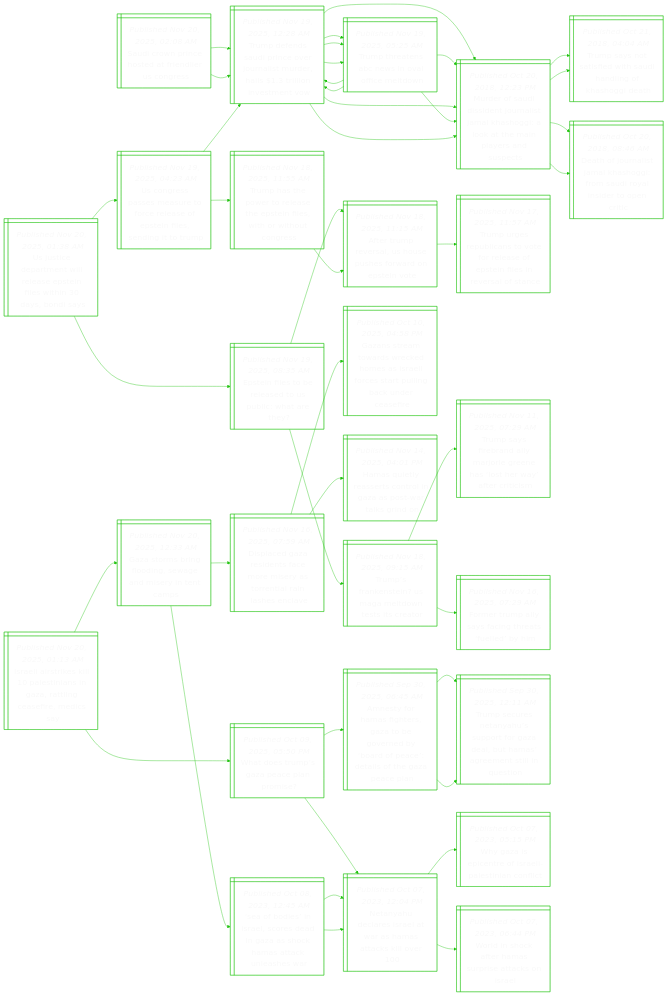
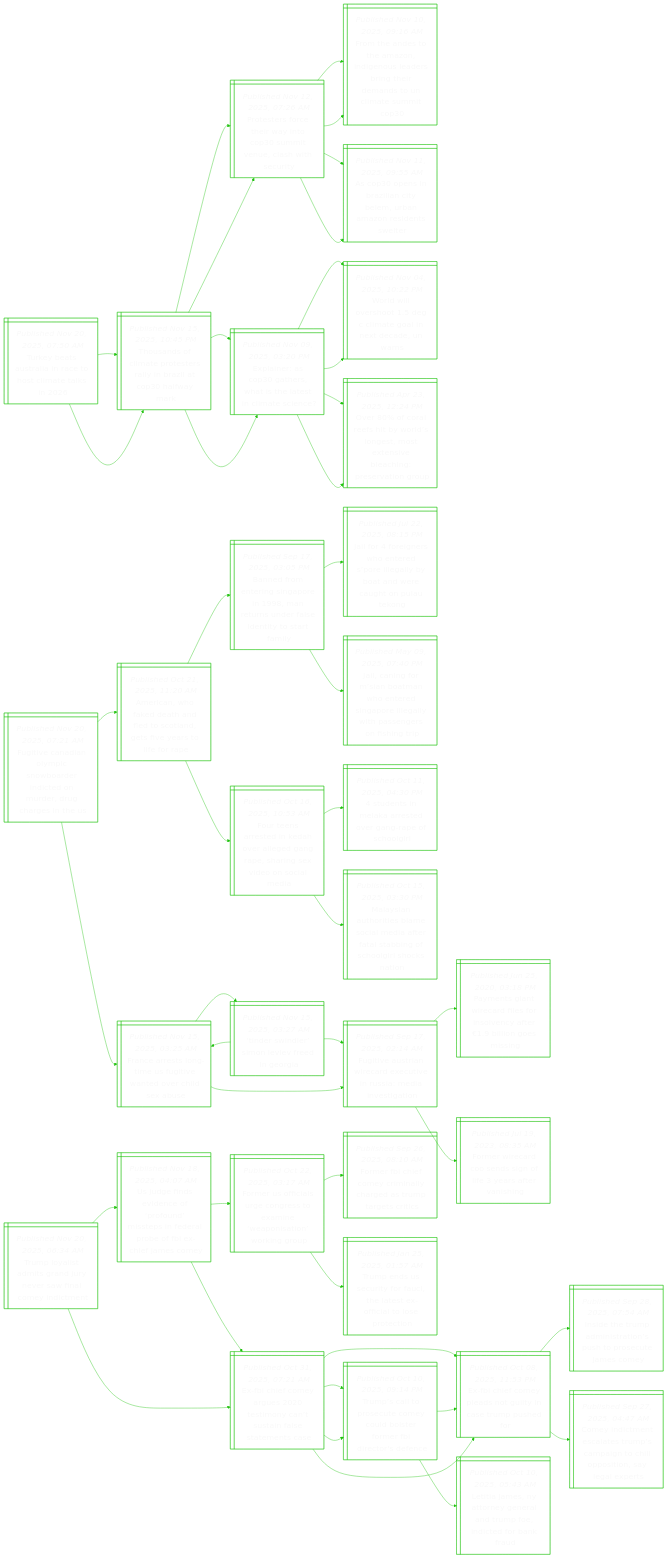
One commit to notJmes/notJmes changed the diagram in README.md. Above: the diagram before and after it, drawn with Mermaid. The commit also changed other lines of this file, not shown here.

````diff
--- a/README.md
+++ b/README.md
@@ -16,136 +16,142 @@
 flowchart LR
 classDef txtsize font-size:20px;
 
-ScpeerlSr@{ shape: win-pane, label: "_Published Nov 20, 2025, 02:08 AM_
-Saudi crown prince hosted at friendlier us congress" }
-Tdddnersdiinst@{ shape: win-pane, label: "_Published Nov 19, 2025, 12:28 AM_
-Trump defends saudi prince over journalist murder, hails $1.3 trillion investment vow" }
-Mrusnrsasikeprsc@{ shape: win-pane, label: "_Published Oct 20, 2018, 12:23 PM_
-Murder of saudi dissident journalist jamal khashoggi: a look at the main players and suspects" }
-TsoidShiKoe@{ shape: win-pane, label: "_Published Oct 21, 2018, 04:04 AM_
-Trump says not satisfied with saudi handling of khashoggi death" }
-DorsasiSriepi@{ shape: win-pane, label: "_Published Oct 20, 2018, 08:46 AM_
-Death of journalist jamal khashoggi: from saudi royal insider to open critic" }
-TttBsailn@{ shape: win-pane, label: "_Published Nov 19, 2025, 05:25 AM_
-Trump threatens abc news in oval office meltdown" }
-Mrusnrsasikeprsc@{ shape: win-pane, label: "_Published Oct 20, 2018, 12:23 PM_
-Murder of saudi dissident journalist jamal khashoggi: a look at the main players and suspects" }
-Tdddnersdiinst@{ shape: win-pane, label: "_Published Nov 19, 2025, 12:28 AM_
-Trump defends saudi prince over journalist murder, hails $1.3 trillion investment vow" }
-Tdddnersdiinst@{ shape: win-pane, label: "_Published Nov 19, 2025, 12:28 AM_
-Trump defends saudi prince over journalist murder, hails $1.3 trillion investment vow" }
-Mrusnrsasikeprsc@{ shape: win-pane, label: "_Published Oct 20, 2018, 12:23 PM_
-Murder of saudi dissident journalist jamal khashoggi: a look at the main players and suspects" }
-TsoidShiKoe@{ shape: win-pane, label: "_Published Oct 21, 2018, 04:04 AM_
-Trump says not satisfied with saudi handling of khashoggi death" }
-DorsasiSriepi@{ shape: win-pane, label: "_Published Oct 20, 2018, 08:46 AM_
-Death of journalist jamal khashoggi: from saudi royal insider to open critic" }
-TttBsailn@{ shape: win-pane, label: "_Published Nov 19, 2025, 05:25 AM_
-Trump threatens abc news in oval office meltdown" }
-Mrusnrsasikeprsc@{ shape: win-pane, label: "_Published Oct 20, 2018, 12:23 PM_
-Murder of saudi dissident journalist jamal khashoggi: a look at the main players and suspects" }
-Tdddnersdiinst@{ shape: win-pane, label: "_Published Nov 19, 2025, 12:28 AM_
-Trump defends saudi prince over journalist murder, hails $1.3 trillion investment vow" }
+Tysriesman@{ shape: win-pane, label: "_Published Nov 20, 2025, 07:50 AM_
+Turkey beats australia in race to host climate talks in 2026" }
+TafaoelBlPwr@{ shape: win-pane, label: "_Published Nov 15, 2025, 10:45 PM_
+Thousands of climate protesters rally in brazil at cop30 halfway mark" }
+Psftwtstehsi@{ shape: win-pane, label: "_Published Nov 12, 2025, 07:26 AM_
+Protesters force their way into cop30 summit venue, clash with security" }
+FhehzdoabtddNamO@{ shape: win-pane, label: "_Published Nov 10, 2025, 09:16 AM_
+From the andes to the amazon, indigenous leaders bring their demands to un climate summit cop30" }
+AoiznBuAndse@{ shape: win-pane, label: "_Published Nov 11, 2025, 09:55 AM_
+As cop30 opens in brazilian city belem, urban amazon residents swelter" }
+Eisasiltisc@{ shape: win-pane, label: "_Published Nov 09, 2025, 03:20 PM_
+Explainer: as cop30 gathers, what is the latest in climate science?" }
+WwvogmoneUn@{ shape: win-pane, label: "_Published Nov 04, 2025, 10:22 PM_
+World will overshoot 1.5 deg c climate goal in next decade, un warns" }
+Oflsydgotvageio@{ shape: win-pane, label: "_Published Apr 23, 2025, 12:24 PM_
+Over 80% of coral reefs hit by world’s longest, most extensive bleaching: preservation group" }
+TafaoelBlPwr@{ shape: win-pane, label: "_Published Nov 15, 2025, 10:45 PM_
+Thousands of climate protesters rally in brazil at cop30 halfway mark" }
+Psftwtstehsi@{ shape: win-pane, label: "_Published Nov 12, 2025, 07:26 AM_
+Protesters force their way into cop30 summit venue, clash with security" }
+FhehzdoabtddNamO@{ shape: win-pane, label: "_Published Nov 10, 2025, 09:16 AM_
+From the andes to the amazon, indigenous leaders bring their demands to un climate summit cop30" }
+AoiznBuAndse@{ shape: win-pane, label: "_Published Nov 11, 2025, 09:55 AM_
+As cop30 opens in brazilian city belem, urban amazon residents swelter" }
+Eisasiltisc@{ shape: win-pane, label: "_Published Nov 09, 2025, 03:20 PM_
+Explainer: as cop30 gathers, what is the latest in climate science?" }
+WwvogmoneUn@{ shape: win-pane, label: "_Published Nov 04, 2025, 10:22 PM_
+World will overshoot 1.5 deg c climate goal in next decade, un warns" }
+Oflsydgotvageio@{ shape: win-pane, label: "_Published Apr 23, 2025, 12:24 PM_
+Over 80% of coral reefs hit by world’s longest, most extensive bleaching: preservation group" }
 
-ScpeerlSr:::txtsize --> Tdddnersdiinst:::txtsize
-Tdddnersdiinst:::txtsize --> Mrusnrsasikeprsc:::txtsize
-Mrusnrsasikeprsc:::txtsize --> TsoidShiKoe:::txtsize
-Mrusnrsasikeprsc:::txtsize --> DorsasiSriepi:::txtsize
-Tdddnersdiinst:::txtsize --> TttBsailn:::txtsize
-TttBsailn:::txtsize --> Mrusnrsasikeprsc:::txtsize
-TttBsailn:::txtsize --> Tdddnersdiinst:::txtsize
-ScpeerlSr:::txtsize --> Tdddnersdiinst:::txtsize
-Tdddnersdiinst:::txtsize --> Mrusnrsasikeprsc:::txtsize
-Mrusnrsasikeprsc:::txtsize --> TsoidShiKoe:::txtsize
-Mrusnrsasikeprsc:::txtsize --> DorsasiSriepi:::txtsize
-Tdddnersdiinst:::txtsize --> TttBsailn:::txtsize
-TttBsailn:::txtsize --> Mrusnrsasikeprsc:::txtsize
-TttBsailn:::txtsize --> Tdddnersdiinst:::txtsize
+Tysriesman:::txtsize --> TafaoelBlPwr:::txtsize
+TafaoelBlPwr:::txtsize --> Psftwtstehsi:::txtsize
+Psftwtstehsi:::txtsize --> FhehzdoabtddNamO:::txtsize
+Psftwtstehsi:::txtsize --> AoiznBuAndse:::txtsize
+TafaoelBlPwr:::txtsize --> Eisasiltisc:::txtsize
+Eisasiltisc:::txtsize --> WwvogmoneUn:::txtsize
+Eisasiltisc:::txtsize --> Oflsydgotvageio:::txtsize
+Tysriesman:::txtsize --> TafaoelBlPwr:::txtsize
+TafaoelBlPwr:::txtsize --> Psftwtstehsi:::txtsize
+Psftwtstehsi:::txtsize --> FhehzdoabtddNamO:::txtsize
+Psftwtstehsi:::txtsize --> AoiznBuAndse:::txtsize
+TafaoelBlPwr:::txtsize --> Eisasiltisc:::txtsize
+Eisasiltisc:::txtsize --> WwvogmoneUn:::txtsize
+Eisasiltisc:::txtsize --> Oflsydgotvageio:::txtsize
 
-UtemilEiehyds@{ shape: win-pane, label: "_Published Nov 20, 2025, 01:38 AM_
-Us justice department will release epstein files within 30 days, bondi says" }
-Eieeaobhe@{ shape: win-pane, label: "_Published Nov 19, 2025, 08:35 AM_
-Epstein files to be released to us public: what are they?" }
-ATrsHpsaEie@{ shape: win-pane, label: "_Published Nov 18, 2025, 11:15 AM_
-After trump reversal, us house pushes forward on epstein vote" }
-TuRlstrspnsvla@{ shape: win-pane, label: "_Published Nov 17, 2025, 11:57 AM_
-Trump urges republicans to vote for release of epstein files in reversal of stance" }
-TskeMewtco@{ shape: win-pane, label: "_Published Nov 18, 2025, 09:15 AM_
-Trump’s frankenstein? us maga meltdown tests its creator" }
-TsialjGeorfri@{ shape: win-pane, label: "_Published Nov 11, 2025, 07:29 AM_
-Trump says firebrand ally marjorie greene has ‘lost her way’ after criticism" }
-Frpsattly@{ shape: win-pane, label: "_Published Nov 16, 2025, 07:29 AM_
-Former trump ally says facing threats ‘fuelled’ by him" }
-Ugpsufrspnsitm@{ shape: win-pane, label: "_Published Nov 19, 2025, 04:23 AM_
-Us congress passes measure to force release of epstein files, sending it to trump" }
-Therltsfwrons@{ shape: win-pane, label: "_Published Nov 18, 2025, 11:55 AM_
-Trump has the power to release the epstein files, with or without congress" }
-ATrsHpsaEie@{ shape: win-pane, label: "_Published Nov 18, 2025, 11:15 AM_
-After trump reversal, us house pushes forward on epstein vote" }
-Tdddnersdiinst@{ shape: win-pane, label: "_Published Nov 19, 2025, 12:28 AM_
-Trump defends saudi prince over journalist murder, hails $1.3 trillion investment vow" }
-Mrusnrsasikeprsc@{ shape: win-pane, label: "_Published Oct 20, 2018, 12:23 PM_
-Murder of saudi dissident journalist jamal khashoggi: a look at the main players and suspects" }
-TttBsailn@{ shape: win-pane, label: "_Published Nov 19, 2025, 05:25 AM_
-Trump threatens abc news in oval office meltdown" }
+Finnporneudhse@{ shape: win-pane, label: "_Published Nov 20, 2025, 07:21 AM_
+Fugitive canadian olympic snowboarder indicted on murder, drug charges in the us" }
+AcodhlSatesfr@{ shape: win-pane, label: "_Published Oct 21, 2025, 11:20 AM_
+American, who faked death and fled to scotland, gets five years to life for rape" }
+Bdeinraunadtta@{ shape: win-pane, label: "_Published Sep 17, 2025, 03:05 PM_
+Banned from entering singapore in 1998, man returns under false identity to start family" }
+Joereereyawaoao@{ shape: win-pane, label: "_Published Jul 22, 2025, 08:15 PM_
+Jail for 4 foreigners who entered s’pore illegally by boat and were caught on pulau tekong" }
+JafiawtSplltsrig@{ shape: win-pane, label: "_Published May 09, 2025, 07:40 PM_
+Jail, caning for m’sian boatman who entered singapore illegally with passengers on fishing trip" }
+Fereevlgaasdsla@{ shape: win-pane, label: "_Published Oct 16, 2025, 10:53 AM_
+Four teens arrested in kedah over alleged gang rape, sharing sex video on social media" }
+snMasvnehi@{ shape: win-pane, label: "_Published Oct 11, 2025, 04:30 PM_
+4 students in melaka arrested over gang-rape of schoolgirl" }
+Msuibslarlbfolki@{ shape: win-pane, label: "_Published Oct 15, 2025, 03:30 PM_
+Malaysian authorities blame social media after fatal stabbing of schoolgirl shocks nation" }
+Fesnegeerdb@{ shape: win-pane, label: "_Published Nov 15, 2025, 03:25 AM_
+France arrests long-time us fugitive wanted over child sex abuse" }
+Trdiefir@{ shape: win-pane, label: "_Published Nov 15, 2025, 03:27 AM_
+‘tinder swindler’ simon leviev freed in georgia" }
+Fesnegeerdb@{ shape: win-pane, label: "_Published Nov 15, 2025, 03:25 AM_
+France arrests long-time us fugitive wanted over child sex abuse" }
+FisncxiRaast@{ shape: win-pane, label: "_Published Sep 17, 2025, 02:14 AM_
+Fugitive austrian wirecard executive in russia: media investigation" }
+FisncxiRaast@{ shape: win-pane, label: "_Published Sep 17, 2025, 02:14 AM_
+Fugitive austrian wirecard executive in russia: media investigation" }
+Pnardsnefinmn@{ shape: win-pane, label: "_Published Jun 25, 2020, 03:18 PM_
+Payments giant wirecard files for insolvency after €1.9 billion goes missing" }
+FrcOdnfreig@{ shape: win-pane, label: "_Published Jul 19, 2023, 08:35 AM_
+Former wirecard coo sends sign of life 3 years after vanishing" }
 
-UtemilEiehyds:::txtsize --> Eieeaobhe:::txtsize
-Eieeaobhe:::txtsize --> ATrsHpsaEie:::txtsize
-ATrsHpsaEie:::txtsize --> TuRlstrspnsvla:::txtsize
-Eieeaobhe:::txtsize --> TskeMewtco:::txtsize
-TskeMewtco:::txtsize --> TsialjGeorfri:::txtsize
-TskeMewtco:::txtsize --> Frpsattly:::txtsize
-UtemilEiehyds:::txtsize --> Ugpsufrspnsitm:::txtsize
-Ugpsufrspnsitm:::txtsize --> Therltsfwrons:::txtsize
-Therltsfwrons:::txtsize --> ATrsHpsaEie:::txtsize
-Ugpsufrspnsitm:::txtsize --> Tdddnersdiinst:::txtsize
-Tdddnersdiinst:::txtsize --> Mrusnrsasikeprsc:::txtsize
-Tdddnersdiinst:::txtsize --> TttBsailn:::txtsize
+Finnporneudhse:::txtsize --> AcodhlSatesfr:::txtsize
+AcodhlSatesfr:::txtsize --> Bdeinraunadtta:::txtsize
+Bdeinraunadtta:::txtsize --> Joereereyawaoao:::txtsize
+Bdeinraunadtta:::txtsize --> JafiawtSplltsrig:::txtsize
+AcodhlSatesfr:::txtsize --> Fereevlgaasdsla:::txtsize
+Fereevlgaasdsla:::txtsize --> snMasvnehi:::txtsize
+Fereevlgaasdsla:::txtsize --> Msuibslarlbfolki:::txtsize
+Finnporneudhse:::txtsize --> Fesnegeerdb:::txtsize
+Fesnegeerdb:::txtsize --> Trdiefir:::txtsize
+Trdiefir:::txtsize --> Fesnegeerdb:::txtsize
+Trdiefir:::txtsize --> FisncxiRaast:::txtsize
+Fesnegeerdb:::txtsize --> FisncxiRaast:::txtsize
+FisncxiRaast:::txtsize --> Pnardsnefinmn:::txtsize
+FisncxiRaast:::txtsize --> FrcOdnfreig:::txtsize
 
-IlselsaGansec@{ shape: win-pane, label: "_Published Nov 20, 2025, 01:13 AM_
-Israeli airstrikes kill 10 palestinians in gaza, rattling ceasefire, medics say" }
-Wouaaam@{ shape: win-pane, label: "_Published Oct 09, 2025, 05:50 PM_
-What does trump’s gaza peace plan promise?" }
-AtHfezerydatoGel@{ shape: win-pane, label: "_Published Sep 30, 2025, 06:45 AM_
-Amnesty for hamas fighters, gaza to be governed by ‘board of peace’: details of the gaza peace plan" }
-Tseaupoabmrnluo@{ shape: win-pane, label: "_Published Sep 30, 2025, 12:11 AM_
-Trump secures netanyahu’s support for gaza deal, but hamas’ agreement still in question" }
-Tseaupoabmrnluo@{ shape: win-pane, label: "_Published Sep 30, 2025, 12:11 AM_
-Trump secures netanyahu’s support for gaza deal, but hamas’ agreement still in question" }
-NyeeawHakl@{ shape: win-pane, label: "_Published Oct 07, 2023, 12:04 PM_
-Netanyahu declares israel at war as hamas attacks kill over 100" }
-WzptIleint@{ shape: win-pane, label: "_Published Oct 07, 2023, 05:15 PM_
-Why gaza is epicentre of israeli-palestinian conflict" }
-Wiceapaks@{ shape: win-pane, label: "_Published Oct 07, 2023, 06:44 PM_
-World in shock after hamas surprise attacks on israel" }
-Gtbfiwneta@{ shape: win-pane, label: "_Published Nov 20, 2025, 12:33 AM_
-Gaza storms bring flooding, sewage and misery in tent camps" }
-Daastemyriihc@{ shape: win-pane, label: "_Published Nov 16, 2025, 07:59 AM_
-Displaced gaza residents face more misery as torrential rain lashes enclave" }
-Gsaardsrfsticese@{ shape: win-pane, label: "_Published Oct 10, 2025, 04:58 PM_
-Gazans stream towards wrecked homes as israeli forces start pulling back under ceasefire" }
-HqlssrGswli@{ shape: win-pane, label: "_Published Nov 14, 2025, 04:01 PM_
-Hamas quietly reasserts control in gaza as post-war talks grind on" }
-Sbsrcdnacaale@{ shape: win-pane, label: "_Published Oct 08, 2023, 12:45 AM_
-‘sea of bodies’ in israel, scores dead in gaza as shock hamas attack unleashes war" }
-NyeeawHakl@{ shape: win-pane, label: "_Published Oct 07, 2023, 12:04 PM_
-Netanyahu declares israel at war as hamas attacks kill over 100" }
-NyeeawHakl@{ shape: win-pane, label: "_Published Oct 07, 2023, 12:04 PM_
-Netanyahu declares israel at war as hamas attacks kill over 100" }
+Tlimruvwlyct@{ shape: win-pane, label: "_Published Nov 20, 2025, 06:34 AM_
+Trump loyalist admits grand jury never saw final comey indictment" }
+UgddofmefabBhao@{ shape: win-pane, label: "_Published Nov 18, 2025, 04:07 AM_
+Us judge finds evidence of ‘profound’ missteps in federal probe of fbi ex-chief james comey" }
+Frfleroiasnio@{ shape: win-pane, label: "_Published Oct 22, 2025, 03:17 AM_
+Former us officials urge congress to examine ‘weaponisation’ working group" }
+Frhorahdurcc@{ shape: win-pane, label: "_Published Sep 26, 2025, 08:10 AM_
+Former fbi chief comey criminally charged as trump targets critics" }
+TeSrocltflsto@{ shape: win-pane, label: "_Published Jan 25, 2025, 01:57 AM_
+Trump ends us security for fauci, the latest ex-official to lose protection" }
+EcCasicunees@{ shape: win-pane, label: "_Published Oct 31, 2025, 07:21 AM_
+Ex-fbi chief comey argues 2020 testimony can’t sustain false statements case" }
+TstseydtrBesn@{ shape: win-pane, label: "_Published Oct 10, 2025, 09:14 PM_
+Trump’s call to prosecute comey could bolster former fbi director's defence" }
+EcCpsuiepe@{ shape: win-pane, label: "_Published Oct 08, 2025, 11:53 PM_
+Ex-fbi chief comey pleads not guilty in case trump pushed for" }
+EcCasicunees@{ shape: win-pane, label: "_Published Oct 31, 2025, 07:21 AM_
+Ex-fbi chief comey argues 2020 testimony can’t sustain false statements case" }
+TstseydtrBesn@{ shape: win-pane, label: "_Published Oct 10, 2025, 09:14 PM_
+Trump’s call to prosecute comey could bolster former fbi director's defence" }
+EcCpsuiepe@{ shape: win-pane, label: "_Published Oct 08, 2025, 11:53 PM_
+Ex-fbi chief comey pleads not guilty in case trump pushed for" }
+Lieteenmitrf@{ shape: win-pane, label: "_Published Oct 10, 2025, 05:43 AM_
+Letitia james, ny attorney general and trump foe, indicted for bank fraud" }
+EcCpsuiepe@{ shape: win-pane, label: "_Published Oct 08, 2025, 11:53 PM_
+Ex-fbi chief comey pleads not guilty in case trump pushed for" }
+Ierdsiupcao@{ shape: win-pane, label: "_Published Sep 28, 2025, 07:54 AM_
+Inside the trump administration’s push to prosecute james comey" }
+Citearcicoisgp@{ shape: win-pane, label: "_Published Sep 27, 2025, 04:47 AM_
+Comey indictment escalates trump’s campaign to chill opposition, say legal experts" }
 
-IlselsaGansec:::txtsize --> Wouaaam:::txtsize
-Wouaaam:::txtsize --> AtHfezerydatoGel:::txtsize
-AtHfezerydatoGel:::txtsize --> Tseaupoabmrnluo:::txtsize
-AtHfezerydatoGel:::txtsize --> Tseaupoabmrnluo:::txtsize
-Wouaaam:::txtsize --> NyeeawHakl:::txtsize
-NyeeawHakl:::txtsize --> WzptIleint:::txtsize
-NyeeawHakl:::txtsize --> Wiceapaks:::txtsize
-IlselsaGansec:::txtsize --> Gtbfiwneta:::txtsize
-Gtbfiwneta:::txtsize --> Daastemyriihc:::txtsize
-Daastemyriihc:::txtsize --> Gsaardsrfsticese:::txtsize
-Daastemyriihc:::txtsize --> HqlssrGswli:::txtsize
-Gtbfiwneta:::txtsize --> Sbsrcdnacaale:::txtsize
-Sbsrcdnacaale:::txtsize --> NyeeawHakl:::txtsize
-Sbsrcdnacaale:::txtsize --> NyeeawHakl:::txtsize
+Tlimruvwlyct:::txtsize --> UgddofmefabBhao:::txtsize
+UgddofmefabBhao:::txtsize --> Frfleroiasnio:::txtsize
+Frfleroiasnio:::txtsize --> Frhorahdurcc:::txtsize
+Frfleroiasnio:::txtsize --> TeSrocltflsto:::txtsize
+UgddofmefabBhao:::txtsize --> EcCasicunees:::txtsize
+EcCasicunees:::txtsize --> TstseydtrBesn:::txtsize
+EcCasicunees:::txtsize --> EcCpsuiepe:::txtsize
+Tlimruvwlyct:::txtsize --> EcCasicunees:::txtsize
+EcCasicunees:::txtsize --> TstseydtrBesn:::txtsize
+TstseydtrBesn:::txtsize --> EcCpsuiepe:::txtsize
+TstseydtrBesn:::txtsize --> Lieteenmitrf:::txtsize
+EcCasicunees:::txtsize --> EcCpsuiepe:::txtsize
+EcCpsuiepe:::txtsize --> Ierdsiupcao:::txtsize
+EcCpsuiepe:::txtsize --> Citearcicoisgp:::txtsize
 
 ```
````
